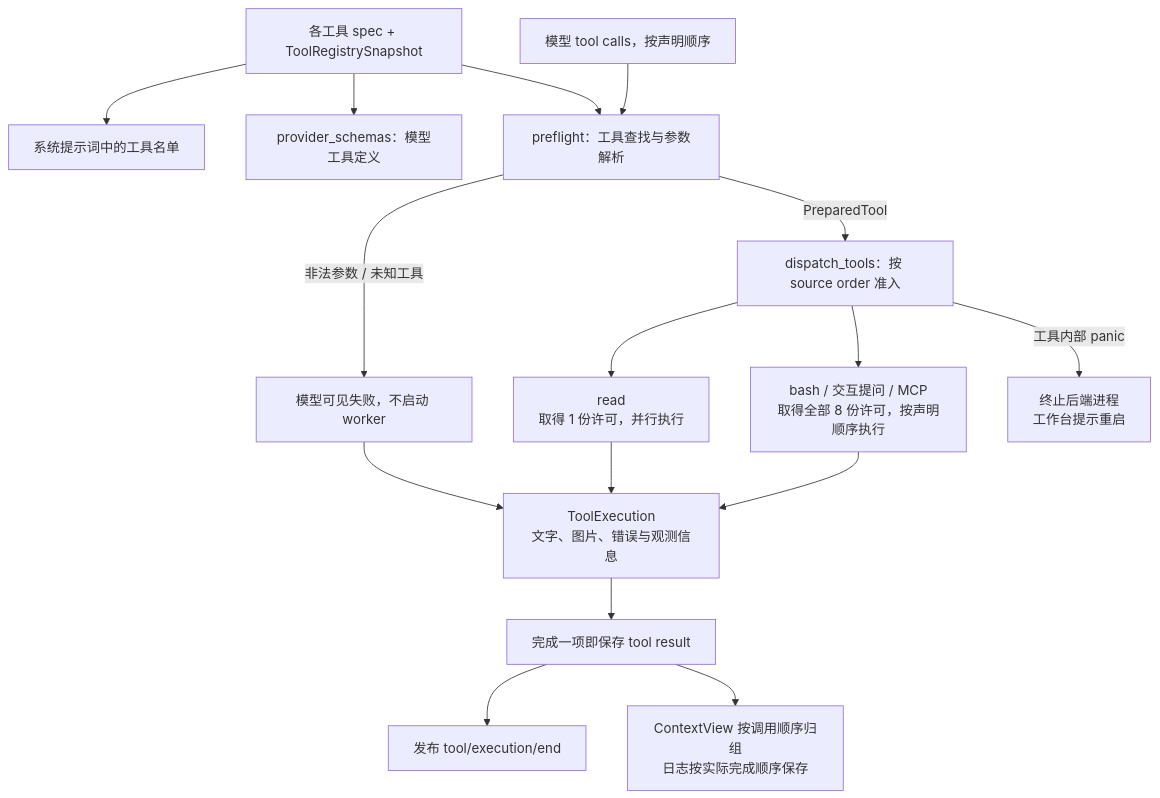
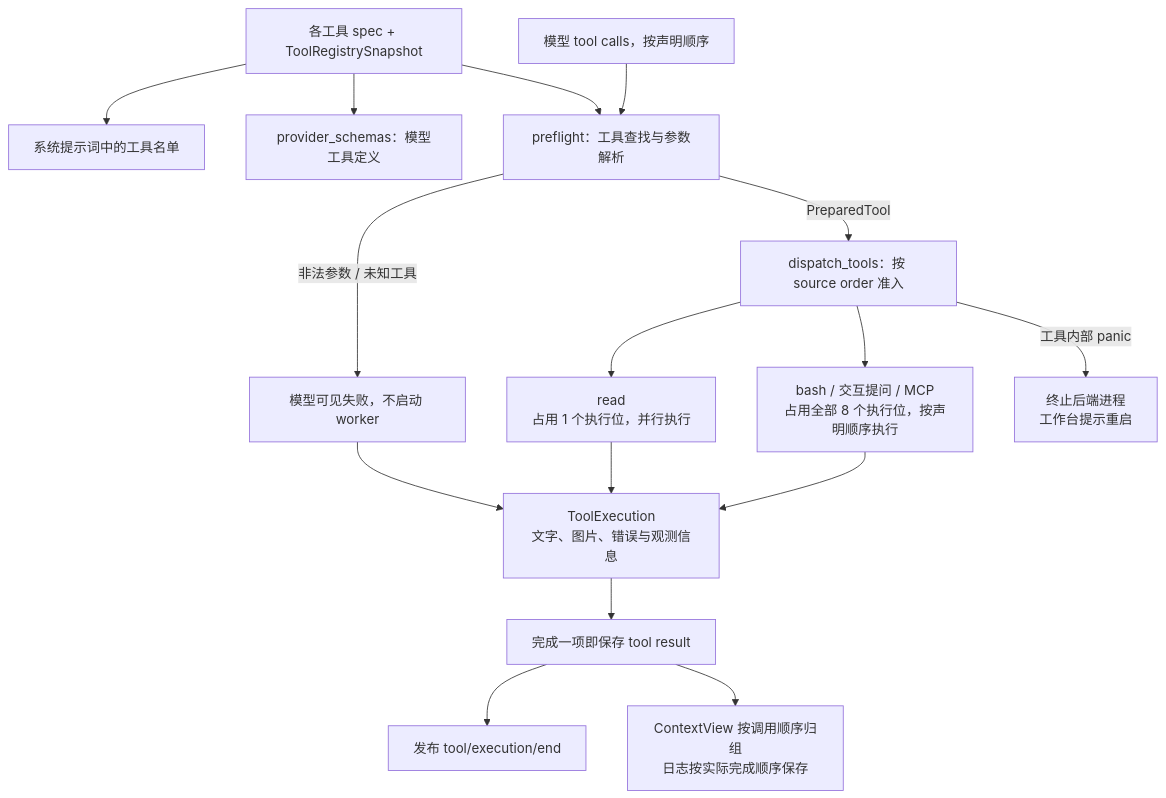
Diagram 23 of 28 in docs/architecture.md (qjcnmd/singularity-agent), drawn with Mermaid before and after one commit. The commit also changed other lines of this file and 30 other files, not shown here.

````diff
--- a/docs/architecture.md
+++ b/docs/architecture.md
@@ -710,18 +706,18 @@
 ```mermaid
 flowchart TB
     Specs["各工具 spec + ToolRegistrySnapshot"] --> Prompt["系统提示词中的工具名单"]
     Specs --> Schema["provider_schemas：模型工具定义"]
     Calls["模型 tool calls，按声明顺序"] --> Preflight["preflight：工具查找与参数解析"]
     Specs --> Preflight
     Preflight -->|"非法参数 / 未知工具"| Rejected["模型可见失败，不启动 worker"]
     Preflight -->|"PreparedTool"| Dispatch["dispatch_tools：按 source order 准入"]
-    Dispatch --> ReadOnly["read<br/>取得 1 份许可，并行执行"]
-    Dispatch --> Barrier["bash / 交互提问 / MCP<br/>取得全部 8 份许可，按声明顺序执行"]
+    Dispatch --> ReadOnly["read<br/>占用 1 个执行位，并行执行"]
+    Dispatch --> Barrier["bash / 交互提问 / MCP<br/>占用全部 8 个执行位，按声明顺序执行"]
     Dispatch -->|"工具内部 panic"| HostFatal["终止后端进程<br/>工作台提示重启"]
     ReadOnly --> Result["ToolExecution<br/>文字、图片、错误与观测信息"]
     Barrier --> Result
     Rejected --> Result
     Result --> Persist["完成一项即保存 tool result"]
     Persist --> Event["发布 tool/execution/end"]
     Persist --> ModelOrder["ContextView 按调用顺序归组<br/>日志按实际完成顺序保存"]
 ```
````
